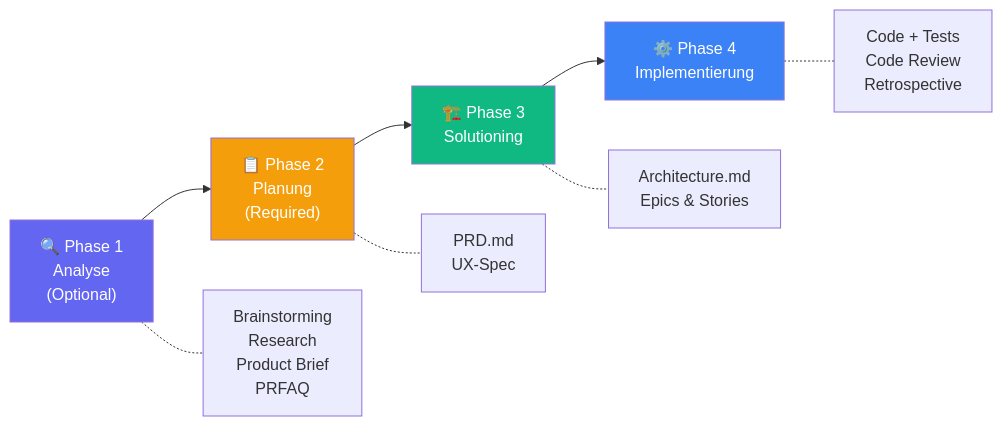
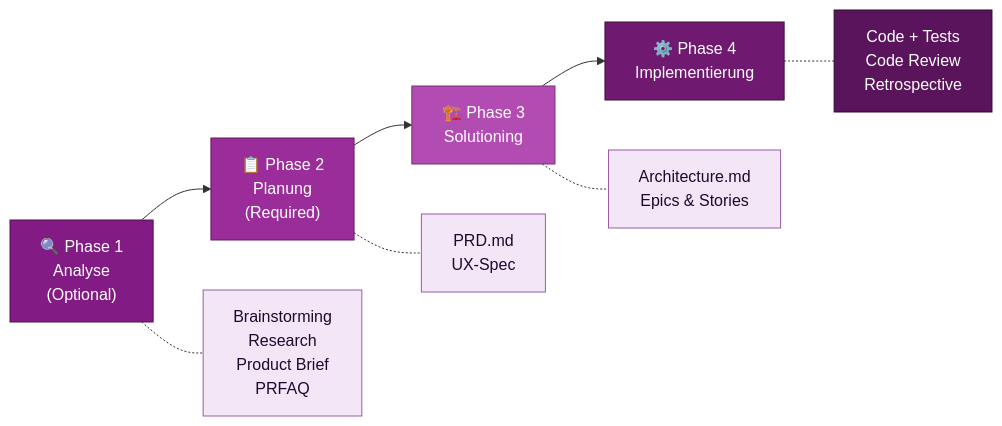
The diagram in special-slides/bmad-anforderungen-tests/bmad-overview.md (harrybin/presentations), drawn with Mermaid before and after one commit. The commit also changed other lines of this file and 7 other files, not shown here.

Commit message:
feat: add mermaid setup configuration with custom themes and styles

````diff
--- a/special-slides/bmad-anforderungen-tests/bmad-overview.md
+++ b/special-slides/bmad-anforderungen-tests/bmad-overview.md
@@ -59,16 +59,20 @@
 ```mermaid {scale: 0.7}
 flowchart LR
     P1["🔍 Phase 1\nAnalyse\n(Optional)"] --> P2["📋 Phase 2\nPlanung\n(Required)"]
     P2 --> P3["🏗️ Phase 3\nSolutioning"]
     P3 --> P4["⚙️ Phase 4\nImplementierung"]
 
     P1 -.- A1["Brainstorming\nResearch\nProduct Brief\nPRFAQ"]
     P2 -.- A2["PRD.md\nUX-Spec"]
     P3 -.- A3["Architecture.md\nEpics & Stories"]
     P4 -.- A4["Code + Tests\nCode Review\nRetrospective"]
 
-    style P1 fill:#6366f1,color:#fff
-    style P2 fill:#f59e0b,color:#fff
-    style P3 fill:#10b981,color:#fff
-    style P4 fill:#3b82f6,color:#fff
+    style P1 fill:#831b84,stroke:#4f1250,color:#ffffff
+    style P2 fill:#9b2d9b,stroke:#631a63,color:#ffffff
+    style P3 fill:#b24cb2,stroke:#7b2f7b,color:#ffffff
+    style P4 fill:#6f1a70,stroke:#3d0f3d,color:#ffffff
+    style A1 fill:#f2e6f7,stroke:#9a5ca8,color:#1d0a2d
+    style A2 fill:#f2e6f7,stroke:#9a5ca8,color:#1d0a2d
+    style A3 fill:#f2e6f7,stroke:#9a5ca8,color:#1d0a2d
+    style A4 fill:#5a145b,stroke:#2e082f,color:#ffffff
 ```
````
